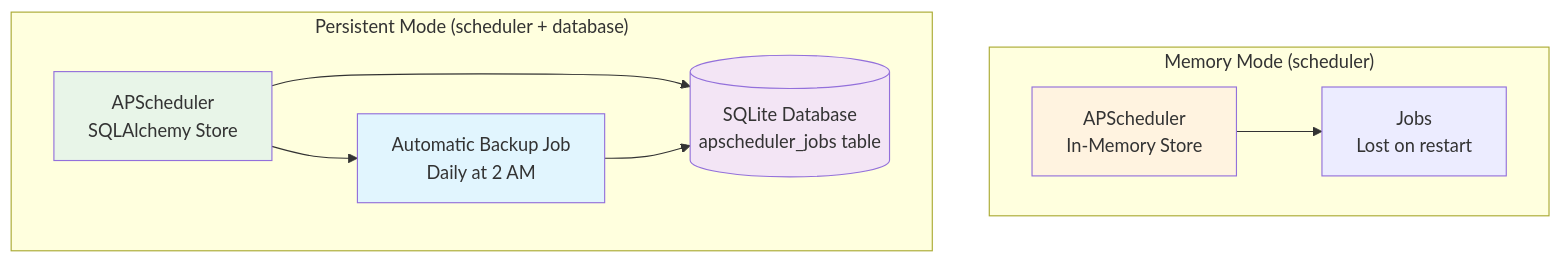
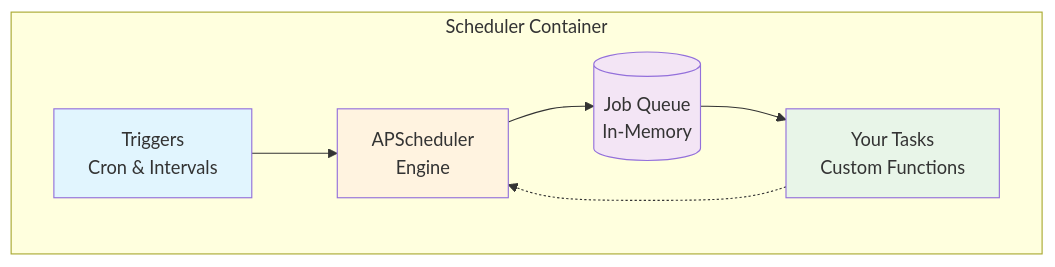
The diagram in docs/components/scheduler.md (bhardwajRahul/aegis-stack), drawn with Mermaid before and after one commit. The commit also changed other lines of this file and 8 other files, not shown here.

````diff
--- a/docs/components/scheduler.md
+++ b/docs/components/scheduler.md
@@ -36,23 +26,19 @@
 ```mermaid
 graph TB
-    subgraph "Memory Mode (scheduler)"
-        S1[APScheduler<br/>In-Memory Store]
-        J1[Jobs<br/>Lost on restart]
+    subgraph "Scheduler Container"
+        Triggers[Triggers<br/>Cron & Intervals]
+        Scheduler[APScheduler<br/>Engine]
+        Jobs[(Job Queue<br/>In-Memory)]
+        Tasks[Your Tasks<br/>Custom Functions]
     end
     
-    subgraph "Persistent Mode (scheduler + database)"
-        S2[APScheduler<br/>SQLAlchemy Store]
-        DB[(SQLite Database<br/>apscheduler_jobs table)]
-        BJ[Automatic Backup Job<br/>Daily at 2 AM]
-    end
+    Triggers --> Scheduler
+    Scheduler --> Jobs
+    Jobs --> Tasks
+    Tasks -.-> Scheduler
     
-    S1 --> J1
-    S2 --> DB
-    S2 --> BJ
-    BJ --> DB
-    
-    style S1 fill:#fff3e0
-    style S2 fill:#e8f5e8
-    style DB fill:#f3e5f5
-    style BJ fill:#e1f5fe
+    style Scheduler fill:#fff3e0
+    style Jobs fill:#f3e5f5
+    style Tasks fill:#e8f5e8
+    style Triggers fill:#e1f5fe
 ```
````
